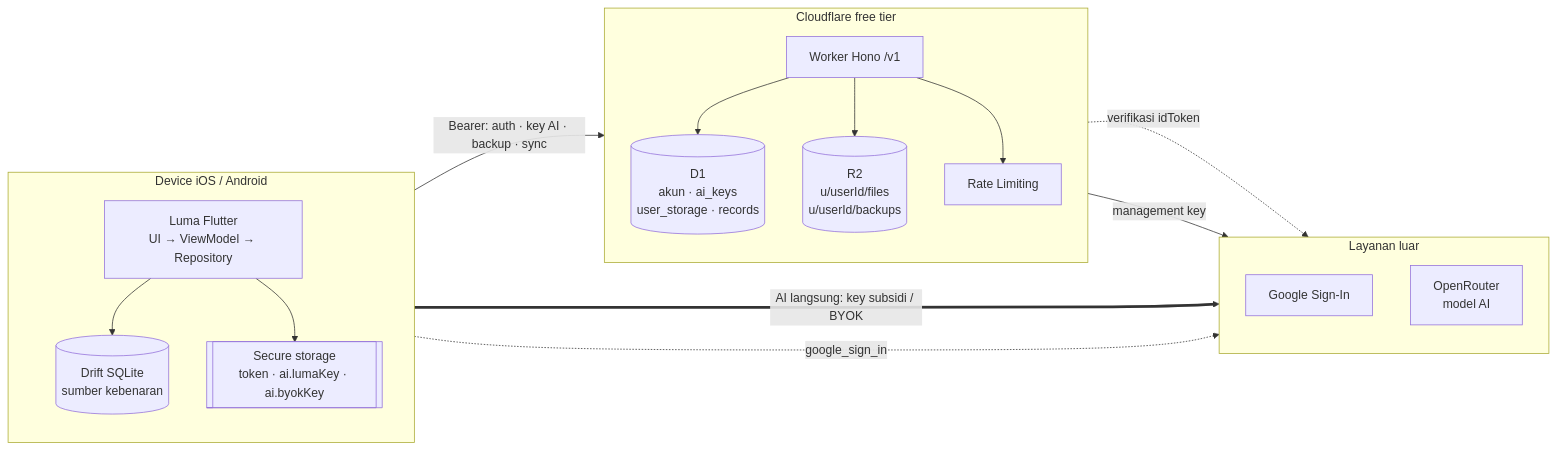
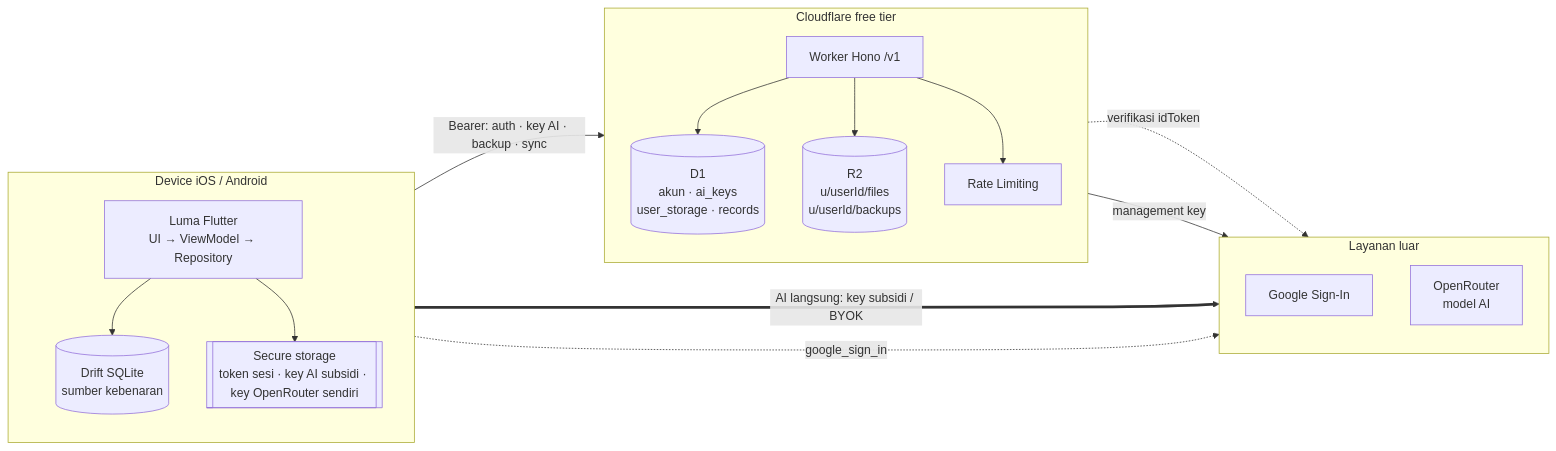
The first of 9 diagrams in docs/backend.md (choiruladamm/luma), drawn with Mermaid before and after one commit. The commit also changed other lines of this file and 8 other files, not shown here.

````diff
--- a/docs/backend.md
+++ b/docs/backend.md
@@ -11,31 +11,31 @@
 ```mermaid
 flowchart LR
   subgraph Device["Device iOS / Android"]
     direction TB
     App["Luma Flutter<br/>UI → ViewModel → Repository"]
     Drift[("Drift SQLite<br/>sumber kebenaran")]
-    KC[["Secure storage<br/>token · ai.lumaKey · ai.byokKey"]]
+    KC[["Secure storage<br/>token sesi · key AI subsidi · key OpenRouter sendiri"]]
     App --> Drift
     App --> KC
   end
   subgraph CF["Cloudflare free tier"]
     direction TB
     W["Worker Hono /v1"]
     D1[("D1<br/>akun · ai_keys<br/>user_storage · records")]
     R2[("R2<br/>u/userId/files<br/>u/userId/backups")]
     RL["Rate Limiting"]
     W --> D1
     W --> R2
     W --> RL
   end
   subgraph EXT["Layanan luar"]
     direction TB
     G["Google Sign-In"]
     OR["OpenRouter<br/>model AI"]
   end
   App -- "Bearer: auth · key AI · backup · sync" --> W
   W -. "verifikasi idToken" .-> G
   W -- "management key" --> OR
   App == "AI langsung: key subsidi / BYOK" ==> OR
   App -. "google_sign_in" .-> G
 ```
````
